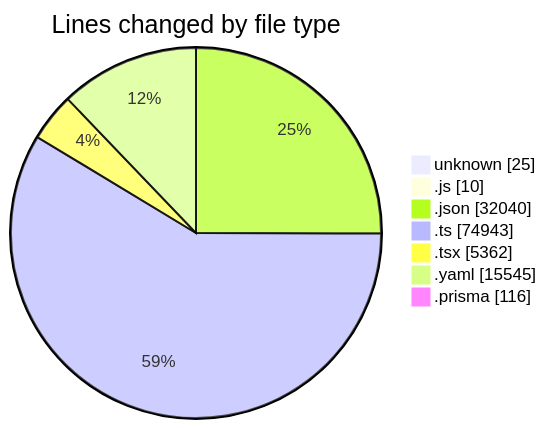
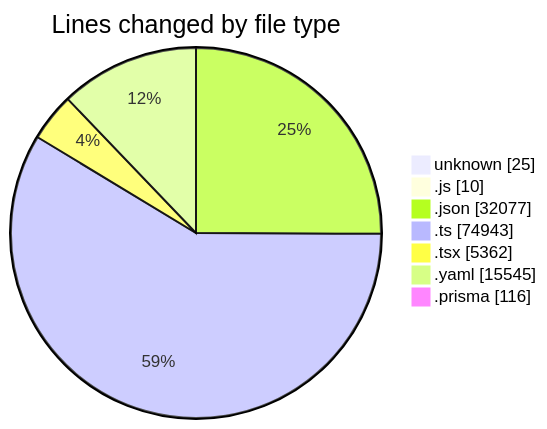
One commit to CELIANVF/code-tracking changed the first of 2 diagrams in 2025-05-02/ecodeli/README.md. Above: the diagram before and after it, drawn with Mermaid. The commit also changed other lines of this file and 1 other file, not shown here.

````diff
--- a/2025-05-02/ecodeli/README.md
+++ b/2025-05-02/ecodeli/README.md
@@ -79,11 +79,11 @@
 ```mermaid
 pie showData
 title Lines changed by file type
 "unknown" : 25
 ".js" : 10
-".json" : 32040
+".json" : 32077
 ".ts" : 74943
 ".tsx" : 5362
 ".yaml" : 15545
 ".prisma" : 116
 ```
````
